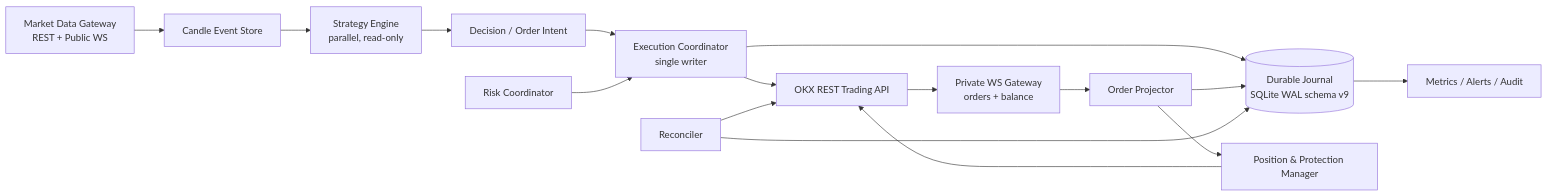
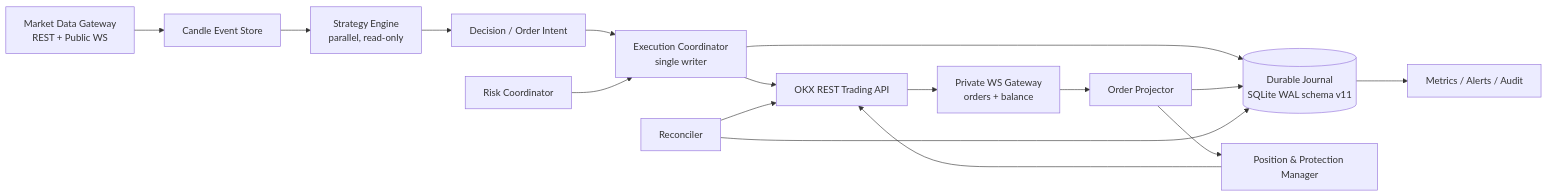
One commit to akz142857/okx-quant changed the first of 5 diagrams in docs/PRODUCTION_PLAN.md. Above: the diagram before and after it, drawn with Mermaid. The commit also changed other lines of this file and 261 other files, not shown here.

````diff
--- a/docs/PRODUCTION_PLAN.md
+++ b/docs/PRODUCTION_PLAN.md
@@ -101,18 +104,18 @@
 ```mermaid
 flowchart LR
     MD["Market Data Gateway<br/>REST + Public WS"] --> CE["Candle Event Store"]
     CE --> SE["Strategy Engine<br/>parallel, read-only"]
     SE --> DI["Decision / Order Intent"]
     DI --> EC["Execution Coordinator<br/>single writer"]
     RC["Risk Coordinator"] --> EC
-    EC --> DB[("Durable Journal<br/>SQLite WAL schema v9")]
+    EC --> DB[("Durable Journal<br/>SQLite WAL schema v11")]
     EC --> OKX["OKX REST Trading API"]
     OKX --> PW["Private WS Gateway<br/>orders + balance"]
     PW --> OP["Order Projector"]
     OP --> DB
     OP --> PM["Position & Protection Manager"]
     PM --> OKX
     RE["Reconciler"] --> OKX
     RE --> DB
     DB --> OBS["Metrics / Alerts / Audit"]
 ```
````
